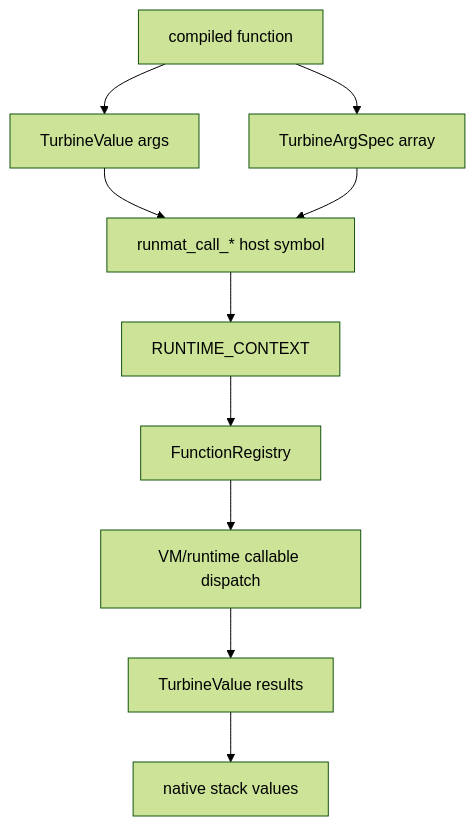
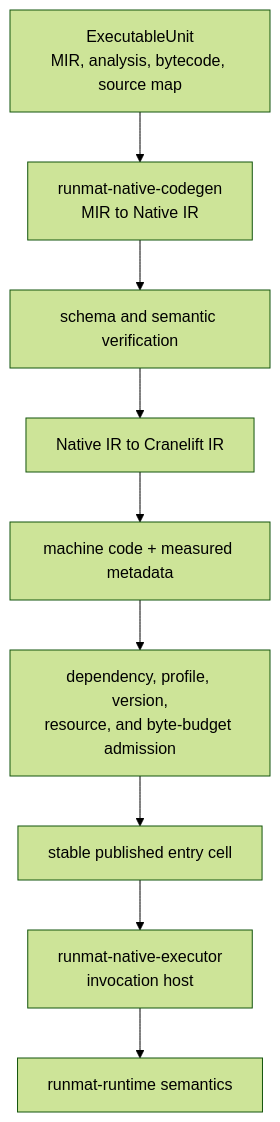
Before and after one commit to runmat-org/runmat: the diagram in docs/jit/pipeline.md, drawn with Mermaid (forest theme). The commit also changed other lines of this file and 3956 other files, not shown here.

````diff
--- a/docs/jit/pipeline.md
+++ b/docs/jit/pipeline.md
@@ -65,19 +7,14 @@
 ```mermaid
 flowchart TD
-  Native["compiled function"]
-  Args["TurbineValue args"]
-  Specs["TurbineArgSpec array"]
-  Bridge["runmat_call_* host symbol"]
-  Context["RUNTIME_CONTEXT"]
-  Registry["FunctionRegistry"]
-  Runtime["VM/runtime callable dispatch"]
-  Results["TurbineValue results"]
-  Stack["native stack values"]
+  Unit["ExecutableUnit<br/>MIR, analysis, bytecode, source map"]
+  Lower["runmat-native-codegen<br/>MIR to Native IR"]
+  Verify["schema and semantic verification"]
+  CLIF["Native IR to Cranelift IR"]
+  Code["machine code + measured metadata"]
+  Admit["dependency, profile, version,<br/>resource, and byte-budget admission"]
+  Cell["stable published entry cell"]
+  Host["runmat-native-executor<br/>invocation host"]
+  Runtime["runmat-runtime semantics"]
 
-  Native --> Args
-  Native --> Specs
-  Args --> Bridge
-  Specs --> Bridge
-  Bridge --> Context --> Registry --> Runtime
-  Runtime --> Results --> Stack
+  Unit --> Lower --> Verify --> CLIF --> Code --> Admit --> Cell --> Host --> Runtime
 ```
````
